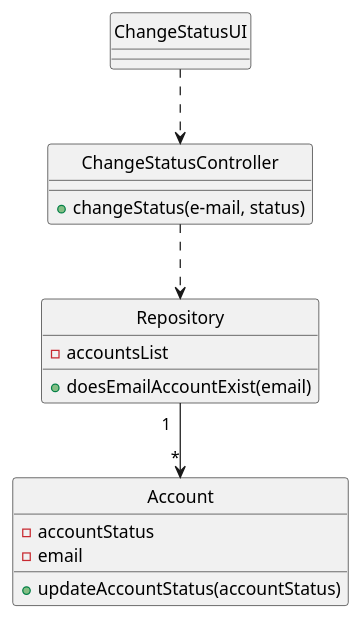
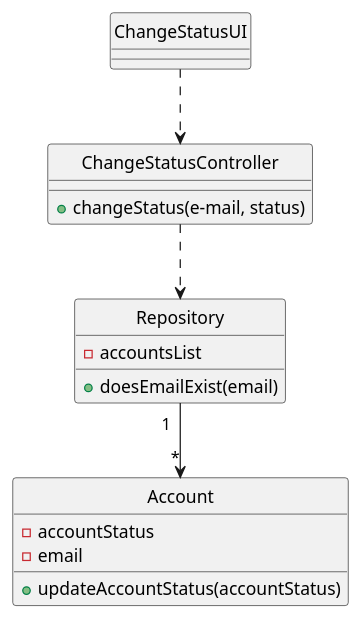
Before and after one commit to Loracline/project_switch_22-23: the diagram in docs/modelling_design/user_stories/us005/US005_Class_Diagram.puml, drawn with PlantUML. The commit also changed 4 other files, not shown here.

Commit message:
US 002,003, 005 , 006 Design: update class Diagram / update SD, replace Validate Account and IsUserValid for DoesEmailExist

```diff
--- a/docs/modelling_design/user_stories/us005/US005_Class_Diagram.puml
+++ b/docs/modelling_design/user_stories/us005/US005_Class_Diagram.puml
@@ -1,33 +1,32 @@
 @startuml
 
 class "ChangeStatusUI"
 class "ChangeStatusController"
 class "Repository"
 class "Account"
 
 "ChangeStatusUI" ..> "ChangeStatusController"
 "ChangeStatusController"  ..> "Repository"
 "Repository" "1  " -->"*" "Account"
 
 class "ChangeStatusController"{
 +changeStatus(e-mail, status)
 }
 
 class "Repository"{
 -accountsList
-+doesEmailAccountExist(email)
++doesEmailExist(email)
 }
-
 
 class Account{
 - accountStatus
 - email
 + updateAccountStatus(accountStatus)
 }
 
 hide "ChangeStatusUI" circle
 hide "ChangeStatusController" circle
 hide "Repository" circle
 hide "Account" circle
 
 @enduml
```
